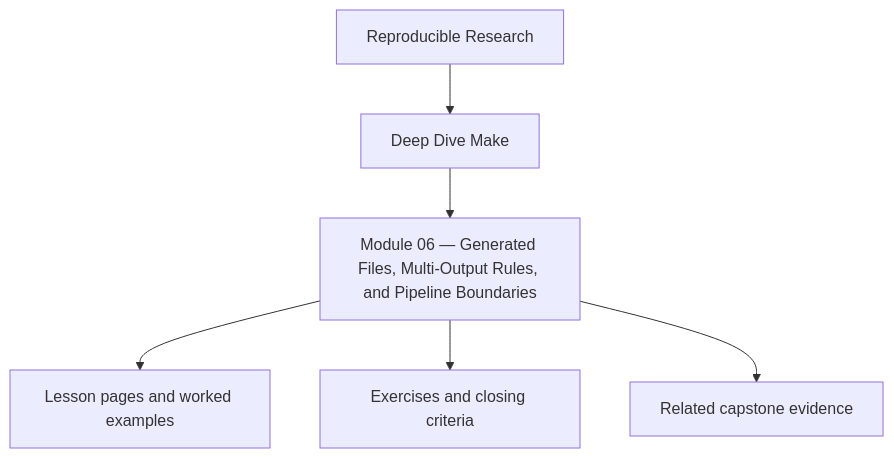
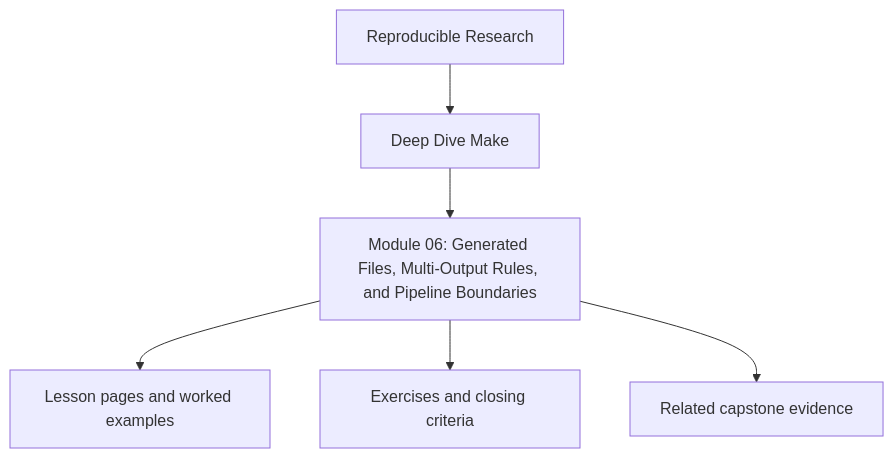
The first of 2 diagrams in programs/reproducible-research/deep-dive-make/course-book/module-06-generated-files-multi-output-rules-and-pipeline-boundaries/index.md (bijux/bijux-masterclass), drawn with Mermaid before and after one commit. The commit also changed other lines of this file and 241 other files, not shown here.

````diff
--- a/programs/reproducible-research/deep-dive-make/course-book/module-06-generated-files-multi-output-rules-and-pipeline-boundaries/index.md
+++ b/programs/reproducible-research/deep-dive-make/course-book/module-06-generated-files-multi-output-rules-and-pipeline-boundaries/index.md
@@ -9,8 +9,8 @@
 ```mermaid
 flowchart TD
   family["Reproducible Research"] --> program["Deep Dive Make"]
-  program --> module["Module 06 — Generated Files, Multi-Output Rules, and Pipeline Boundaries"]
+  program --> module["Module 06: Generated Files, Multi-Output Rules, and Pipeline Boundaries"]
   module --> lessons["Lesson pages and worked examples"]
   module --> checkpoints["Exercises and closing criteria"]
   module --> capstone["Related capstone evidence"]
 ```
````
